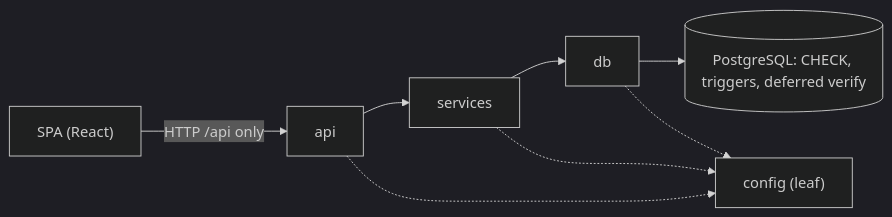
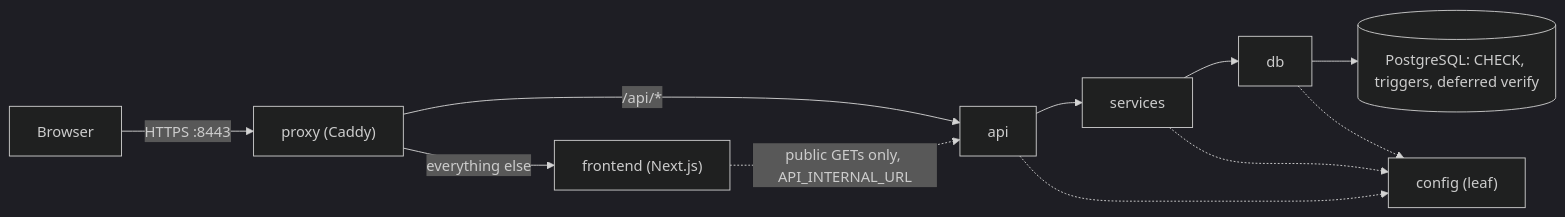
One commit to IBE160-2026/G78-larsen changed the first of 3 diagrams in .docs/planning-artifacts/architecture/architecture-booking-platform-2026-11-03/ARCHITECTURE-SPINE.md. Above: the diagram before and after it, drawn with Mermaid (dark theme). The commit also changed other lines of this file and 3 other files, not shown here.

Commit message:
Arkitektur: Caddy som proxy og Next.js som frontend (AD-17, AD-27), som i technology.md

````diff
--- a/.docs/planning-artifacts/architecture/architecture-booking-platform-2026-11-03/ARCHITECTURE-SPINE.md
+++ b/.docs/planning-artifacts/architecture/architecture-booking-platform-2026-11-03/ARCHITECTURE-SPINE.md
@@ -34,10 +36,13 @@
 ```mermaid
 flowchart LR
-  SPA["SPA (React)"] -->|"HTTP /api only"| API[api]
+  B[Browser] -->|"HTTPS :8443"| PX["proxy (Caddy)"]
+  PX -->|"/api/*"| API[api]
+  PX -->|"everything else"| FE["frontend (Next.js)"]
+  FE -.->|"public GETs only, API_INTERNAL_URL"| API
   API --> SVC[services]
   SVC --> DB[db]
   DB --> PG[("PostgreSQL: CHECK, triggers, deferred verify")]
   API -.-> CFG["config (leaf)"]
   SVC -.-> CFG
   DB -.-> CFG
 ```
````
